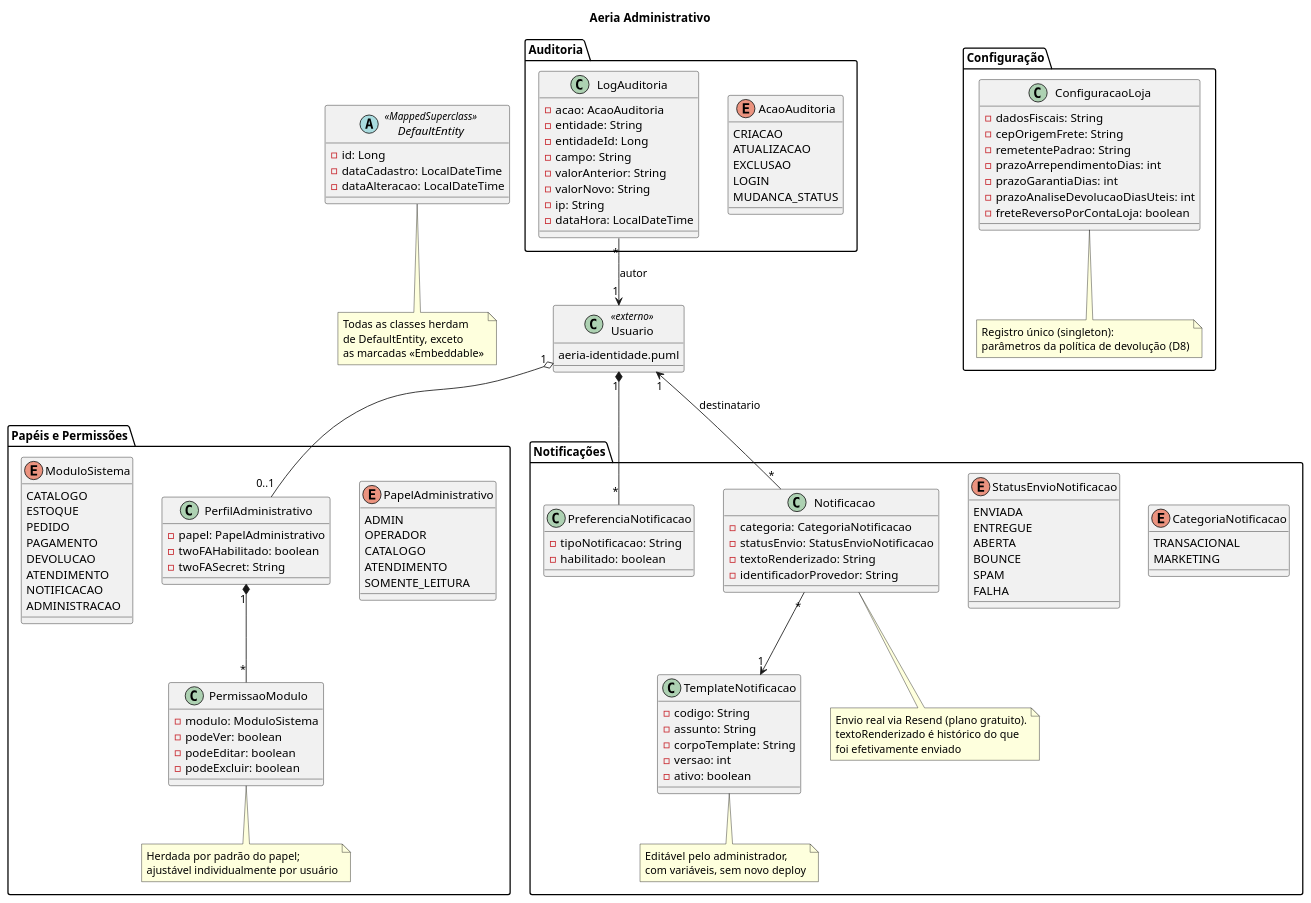
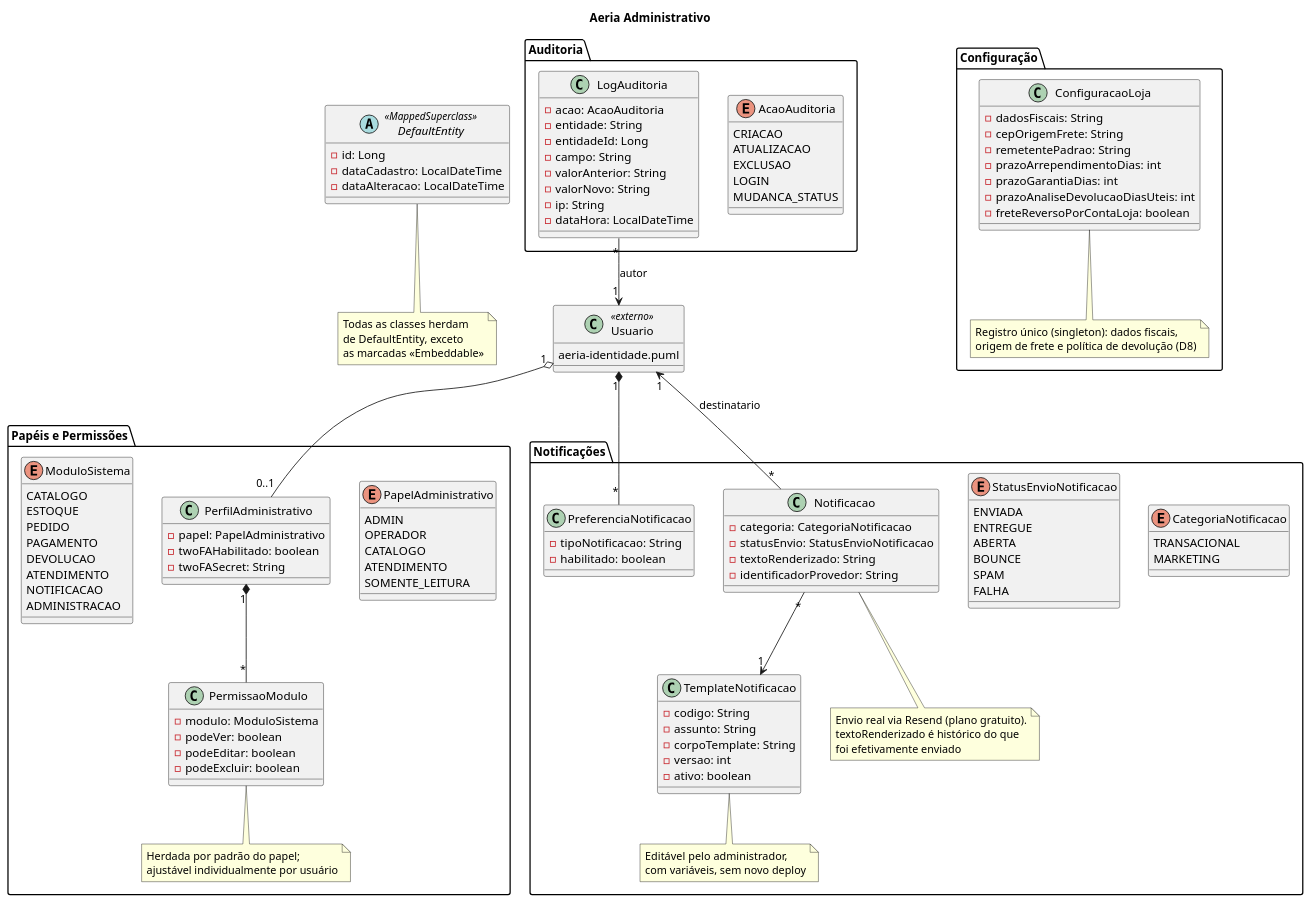
The diagram in docs/diagramas/aeria-administrativo.puml (DaviRSuassuna/Droneshop), drawn with PlantUML before and after one commit. The commit also changed 21 other files, not shown here.

```diff
--- a/docs/diagramas/aeria-administrativo.puml
+++ b/docs/diagramas/aeria-administrativo.puml
@@ -1,150 +1,150 @@
 @startuml aeria-administrativo
 
 title Aeria Administrativo
 
 abstract class DefaultEntity <<MappedSuperclass>> {
   -id: Long
   -dataCadastro: LocalDateTime
   -dataAlteracao: LocalDateTime
 }
 
 note bottom of DefaultEntity
   Todas as classes herdam
   de DefaultEntity, exceto
   as marcadas <<Embeddable>>
 end note
 
 class Usuario <<externo>> {
   aeria-identidade.puml
 }
 
 package "Papéis e Permissões" {
   enum PapelAdministrativo {
     ADMIN
     OPERADOR
     CATALOGO
     ATENDIMENTO
     SOMENTE_LEITURA
   }
 
   class PerfilAdministrativo {
     -papel: PapelAdministrativo
     -twoFAHabilitado: boolean
     -twoFASecret: String
   }
 
   enum ModuloSistema {
     CATALOGO
     ESTOQUE
     PEDIDO
     PAGAMENTO
     DEVOLUCAO
     ATENDIMENTO
     NOTIFICACAO
     ADMINISTRACAO
   }
 
   class PermissaoModulo {
     -modulo: ModuloSistema
     -podeVer: boolean
     -podeEditar: boolean
     -podeExcluir: boolean
   }
   note bottom of PermissaoModulo
     Herdada por padrão do papel;
     ajustável individualmente por usuário
   end note
 }
 
 package "Auditoria" {
   enum AcaoAuditoria {
     CRIACAO
     ATUALIZACAO
     EXCLUSAO
     LOGIN
     MUDANCA_STATUS
   }
 
   class LogAuditoria {
     -acao: AcaoAuditoria
     -entidade: String
     -entidadeId: Long
     -campo: String
     -valorAnterior: String
     -valorNovo: String
     -ip: String
     -dataHora: LocalDateTime
   }
 }
 
 package "Configuração" {
   class ConfiguracaoLoja {
     -dadosFiscais: String
     -cepOrigemFrete: String
     -remetentePadrao: String
     -prazoArrependimentoDias: int
     -prazoGarantiaDias: int
     -prazoAnaliseDevolucaoDiasUteis: int
     -freteReversoPorContaLoja: boolean
   }
   note bottom of ConfiguracaoLoja
-    Registro único (singleton):
-    parâmetros da política de devolução (D8)
+    Registro único (singleton): dados fiscais,
+    origem de frete e política de devolução (D8)
   end note
 }
 
 package "Notificações" {
   class TemplateNotificacao {
     -codigo: String
     -assunto: String
     -corpoTemplate: String
     -versao: int
     -ativo: boolean
   }
   note bottom of TemplateNotificacao
     Editável pelo administrador,
     com variáveis, sem novo deploy
   end note
 
   enum CategoriaNotificacao {
     TRANSACIONAL
     MARKETING
   }
 
   enum StatusEnvioNotificacao {
     ENVIADA
     ENTREGUE
     ABERTA
     BOUNCE
     SPAM
     FALHA
   }
 
   class Notificacao {
     -categoria: CategoriaNotificacao
     -statusEnvio: StatusEnvioNotificacao
     -textoRenderizado: String
     -identificadorProvedor: String
   }
   note bottom of Notificacao
     Envio real via Resend (plano gratuito).
     textoRenderizado é histórico do que
     foi efetivamente enviado
   end note
 
   class PreferenciaNotificacao {
     -tipoNotificacao: String
     -habilitado: boolean
   }
 }
 
 ' Usuario o-- PerfilAdministrativo também consta em aeria-identidade.puml,
 ' repetida aqui para leitura isolada deste arquivo
 Usuario "1" o-- "0..1" PerfilAdministrativo
 PerfilAdministrativo "1" *-- "*" PermissaoModulo
 LogAuditoria "*" --> "1" Usuario : autor
 Notificacao "*" --> "1" TemplateNotificacao
 Notificacao "*" --> "1" Usuario : destinatario
 Usuario "1" *-- "*" PreferenciaNotificacao
 
 @enduml
```
